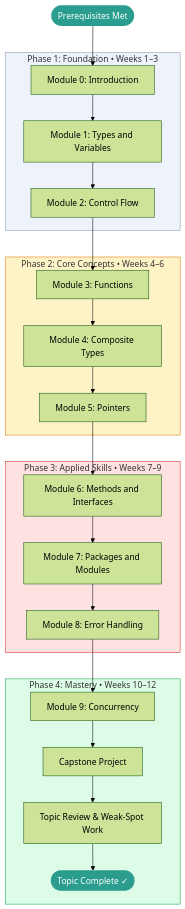
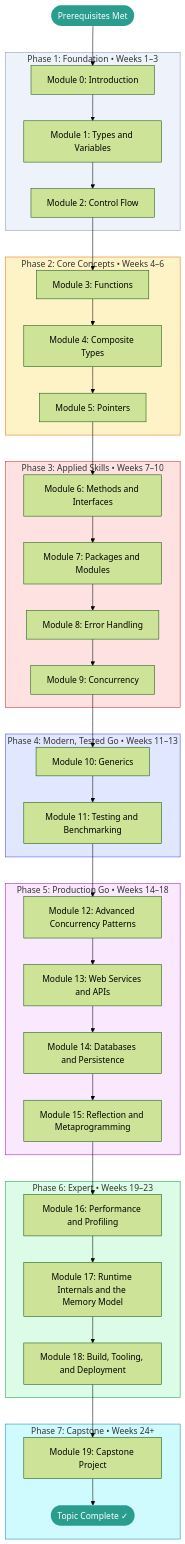
The diagram in TOPICS/go/ROADMAP.md (CuriousFurBytes/leaps), drawn with Mermaid (forest theme) before and after one commit. The commit also changed other lines of this file and 91 other files, not shown here.

First line of the commit message:
content(curriculum): remove Python, restructure Go to zero→expert, add capstone rules

````diff
--- a/TOPICS/go/ROADMAP.md
+++ b/TOPICS/go/ROADMAP.md
@@ -25,40 +30,63 @@
 ```mermaid
 flowchart TD
     A([Prerequisites Met]) --> B
 
     subgraph P1["Phase 1: Foundation  •  Weeks 1–3"]
         B[Module 0: Introduction]
         B --> C[Module 1: Types and Variables]
         C --> D[Module 2: Control Flow]
     end
 
     subgraph P2["Phase 2: Core Concepts  •  Weeks 4–6"]
         E[Module 3: Functions]
         E --> F[Module 4: Composite Types]
         F --> G[Module 5: Pointers]
     end
 
-    subgraph P3["Phase 3: Applied Skills  •  Weeks 7–9"]
+    subgraph P3["Phase 3: Applied Skills  •  Weeks 7–10"]
         H[Module 6: Methods and Interfaces]
         H --> I[Module 7: Packages and Modules]
         I --> J[Module 8: Error Handling]
+        J --> K[Module 9: Concurrency]
     end
 
-    subgraph P4["Phase 4: Mastery  •  Weeks 10–12"]
-        K[Module 9: Concurrency]
-        K --> L[Capstone Project]
-        L --> M[Topic Review & Weak-Spot Work]
-        M --> N([Topic Complete ✓])
+    subgraph P4["Phase 4: Modern, Tested Go  •  Weeks 11–13"]
+        L[Module 10: Generics]
+        L --> M[Module 11: Testing and Benchmarking]
+    end
+
+    subgraph P5["Phase 5: Production Go  •  Weeks 14–18"]
+        N[Module 12: Advanced Concurrency Patterns]
+        N --> O[Module 13: Web Services and APIs]
+        O --> P[Module 14: Databases and Persistence]
+        P --> Q[Module 15: Reflection and Metaprogramming]
+    end
+
+    subgraph P6["Phase 6: Expert  •  Weeks 19–23"]
+        R[Module 16: Performance and Profiling]
+        R --> S[Module 17: Runtime Internals and the Memory Model]
+        S --> T[Module 18: Build, Tooling, and Deployment]
+    end
+
+    subgraph P7["Phase 7: Capstone  •  Weeks 24+"]
+        U[Module 19: Capstone Project]
+        U --> V([Topic Complete ✓])
     end
 
     D --> E
     G --> H
-    J --> K
+    K --> L
+    M --> N
+    Q --> R
+    T --> U
 
     style A fill:#2a9d8f,color:#fff,stroke:none
-    style N fill:#2a9d8f,color:#fff,stroke:none
+    style V fill:#2a9d8f,color:#fff,stroke:none
     style P1 fill:#edf2fb,stroke:#8d99ae
     style P2 fill:#fef3c7,stroke:#d97706
     style P3 fill:#fee2e2,stroke:#dc2626
-    style P4 fill:#dcfce7,stroke:#16a34a
+    style P4 fill:#e0e7ff,stroke:#4f46e5
+    style P5 fill:#fae8ff,stroke:#a21caf
+    style P6 fill:#dcfce7,stroke:#16a34a
+    style P7 fill:#cffafe,stroke:#0891b2
 ```
````
